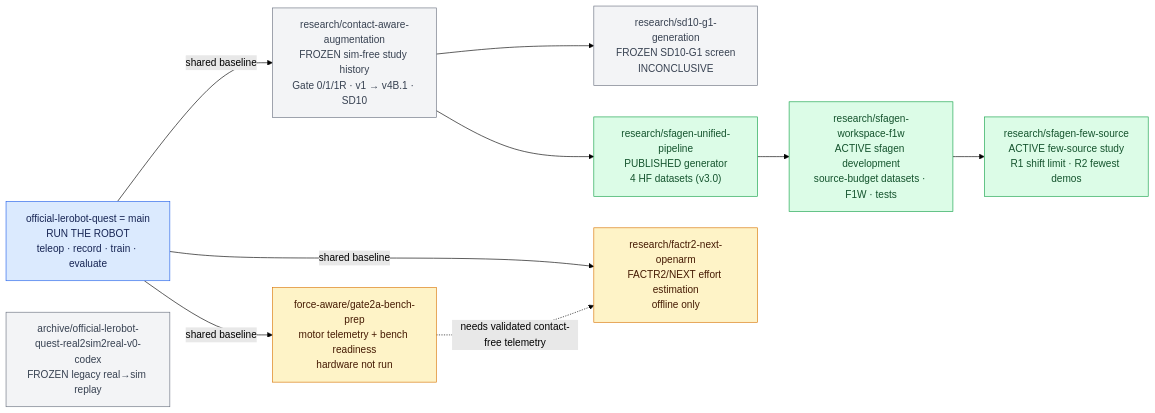
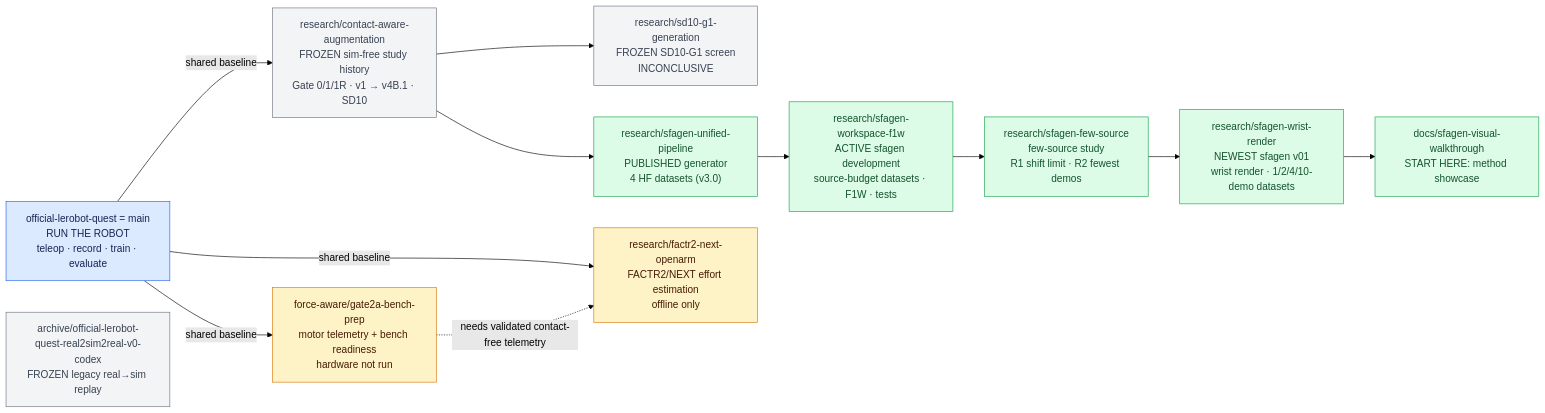
The diagram in README.md (StanleyChueh/lerobot_openarm), drawn with Mermaid (forest theme) before and after one commit. The commit also changed other lines of this file, not shown here.

Commit message:
docs: branch map - fix merged F1W/few-source rows; add research/sfagen-wrist-render (newest, v01 datasets) and docs/sfagen-visual-walkthrough as the method showcase

````diff
--- a/README.md
+++ b/README.md
@@ -13,25 +13,27 @@
 ```mermaid
 flowchart LR
     BASE["official-lerobot-quest = main<br/>RUN THE ROBOT<br/>teleop · record · train · evaluate"]
 
     BASE -->|shared baseline| HIST["research/contact-aware-augmentation<br/>FROZEN sim-free study history<br/>Gate 0/1/1R · v1 → v4B.1 · SD10"]
     HIST --> G1["research/sd10-g1-generation<br/>FROZEN SD10-G1 screen<br/>INCONCLUSIVE"]
     HIST --> SFAGEN["research/sfagen-unified-pipeline<br/>PUBLISHED generator<br/>4 HF datasets (v3.0)"]
     SFAGEN --> F1W["research/sfagen-workspace-f1w<br/>ACTIVE sfagen development<br/>source-budget datasets · F1W · tests"]
-    F1W --> FEW["research/sfagen-few-source<br/>ACTIVE few-source study<br/>R1 shift limit · R2 fewest demos"]
+    F1W --> FEW["research/sfagen-few-source<br/>few-source study<br/>R1 shift limit · R2 fewest demos"]
+    FEW --> WR["research/sfagen-wrist-render<br/>NEWEST sfagen v01<br/>wrist render · 1/2/4/10-demo datasets"]
+    WR --> DOCS["docs/sfagen-visual-walkthrough<br/>START HERE: method showcase"]
 
     BASE -->|shared baseline| BENCH["force-aware/gate2a-bench-prep<br/>motor telemetry + bench readiness<br/>hardware not run"]
     BASE -->|shared baseline| NEXT["research/factr2-next-openarm<br/>FACTR2/NEXT effort estimation<br/>offline only"]
     BENCH -.->|"needs validated contact-free telemetry"| NEXT
 
     ARCH["archive/official-lerobot-quest-real2sim2real-v0-codex<br/>FROZEN legacy real→sim replay"]
 
     classDef run fill:#dbeafe,stroke:#2563eb,color:#172554
     classDef active fill:#dcfce7,stroke:#16a34a,color:#14532d
     classDef frozen fill:#f3f4f6,stroke:#6b7280,color:#374151
     classDef force fill:#fef3c7,stroke:#d97706,color:#451a03
     class BASE run
-    class SFAGEN,F1W,FEW active
+    class SFAGEN,F1W,FEW,WR,DOCS active
     class HIST,G1,ARCH frozen
     class BENCH,NEXT force
 ```
````
